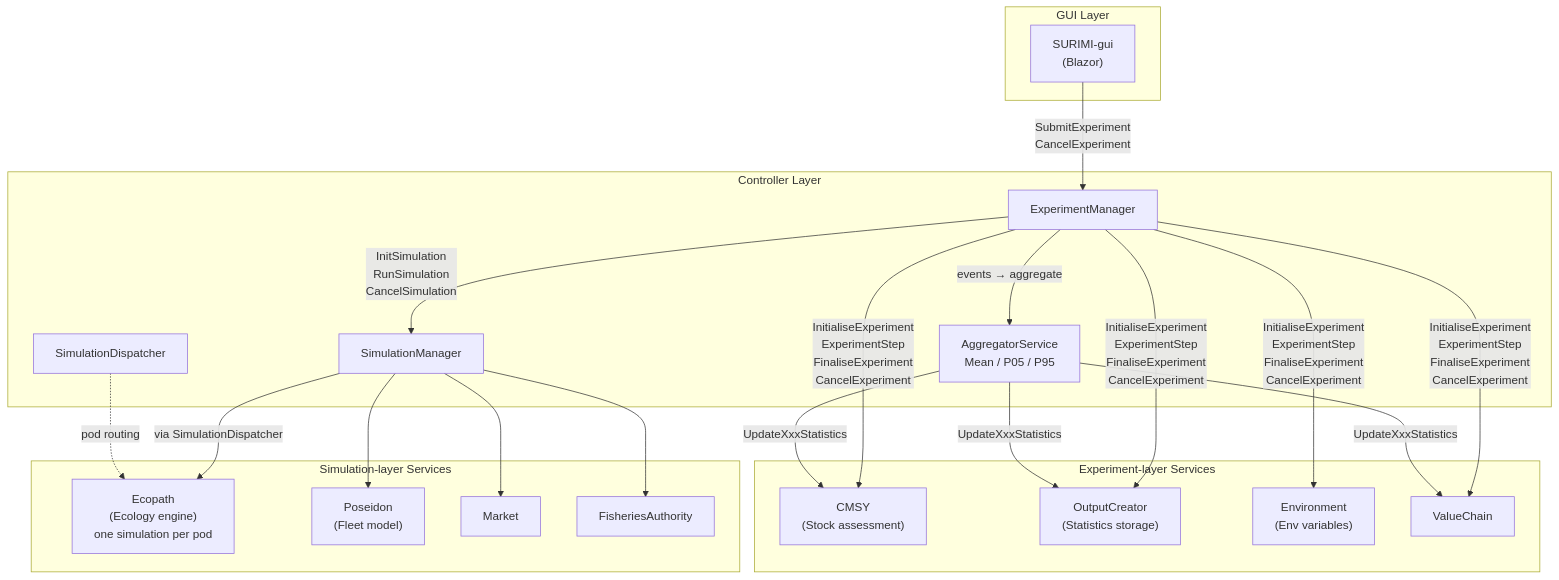
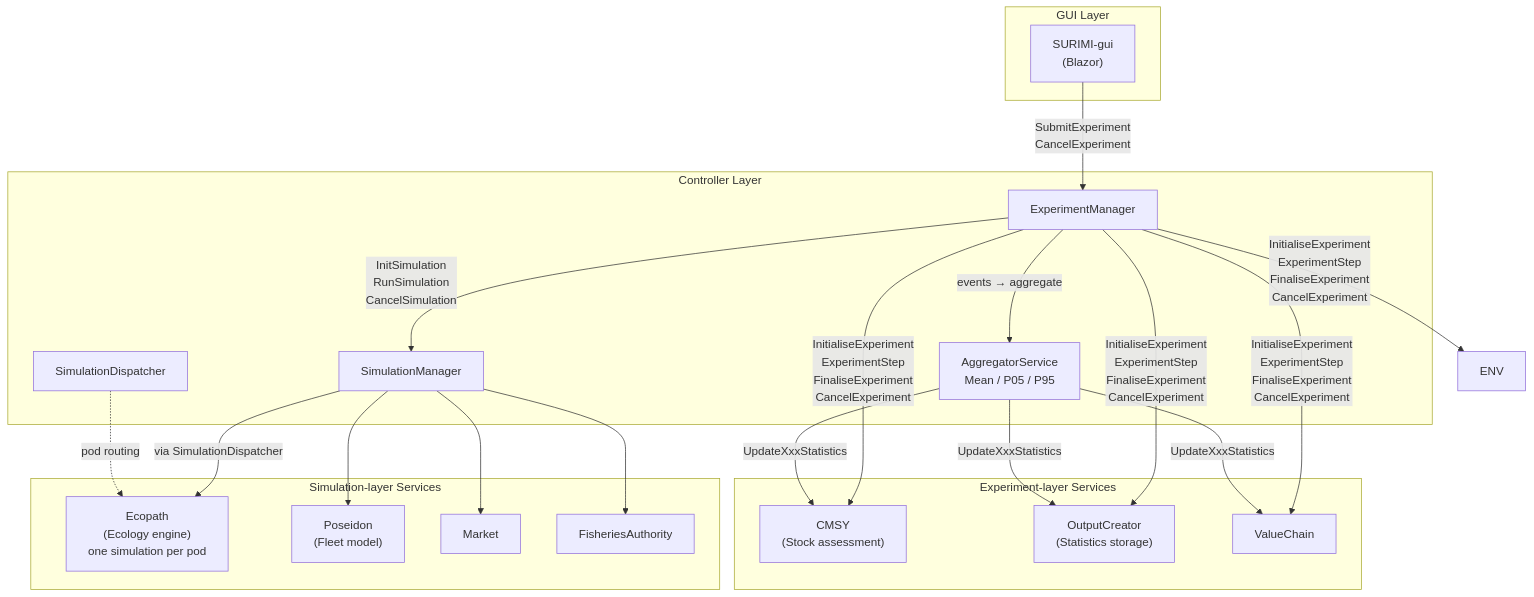
The seventh of 10 diagrams in controller_architecture.md (SURIMI-Project/SURIMI-controller), drawn with Mermaid before and after one commit. The commit also changed other lines of this file and 11 other files, not shown here.

````diff
--- a/controller_architecture.md
+++ b/controller_architecture.md
@@ -324,36 +320,35 @@
 ```mermaid
 flowchart TB
     subgraph "GUI Layer"
         GUI["SURIMI-gui\n(Blazor)"]
     end
 
     subgraph "Controller Layer"
         EM["ExperimentManager"]
         SM["SimulationManager"]
         SD["SimulationDispatcher"]
         AGG["AggregatorService\nMean / P05 / P95"]
     end
 
     subgraph "Experiment-layer Services"
         CMSY["CMSY\n(Stock assessment)"]
         OC["OutputCreator\n(Statistics storage)"]
-        ENV["Environment\n(Env variables)"]
         VC["ValueChain"]
     end
 
     subgraph "Simulation-layer Services"
         ECO["Ecopath\n(Ecology engine)\none simulation per pod"]
         POS["Poseidon\n(Fleet model)"]
         MKT["Market"]
         FA["FisheriesAuthority"]
     end
 
     GUI -- "SubmitExperiment\nCancelExperiment" --> EM
     EM -- "InitialiseExperiment\nExperimentStep\nFinaliseExperiment\nCancelExperiment" --> CMSY & OC & ENV & VC
     EM -- "InitSimulation\nRunSimulation\nCancelSimulation" --> SM
     EM -- "events → aggregate" --> AGG
     AGG -- "UpdateXxxStatistics" --> CMSY & OC & VC
     SM -- "via SimulationDispatcher" --> ECO
     SD -. "pod routing" .-> ECO
     SM --> POS & MKT & FA
 ```
````
